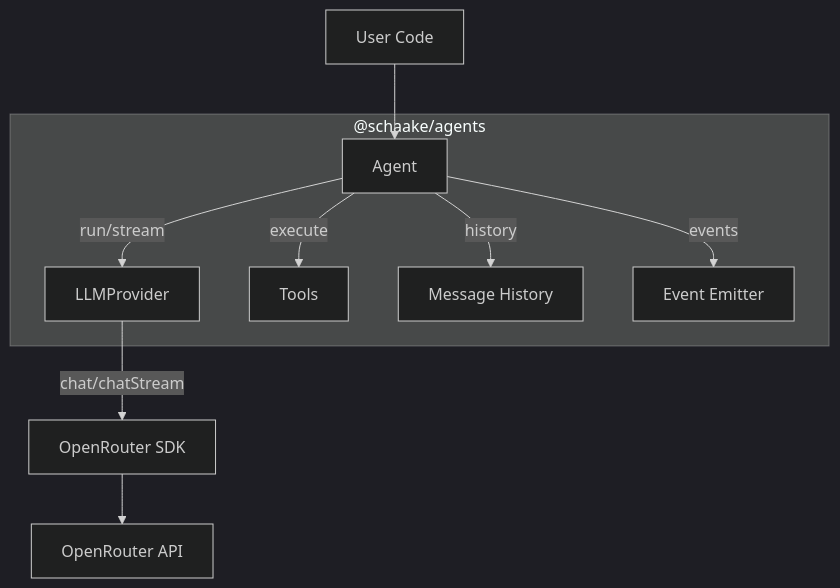
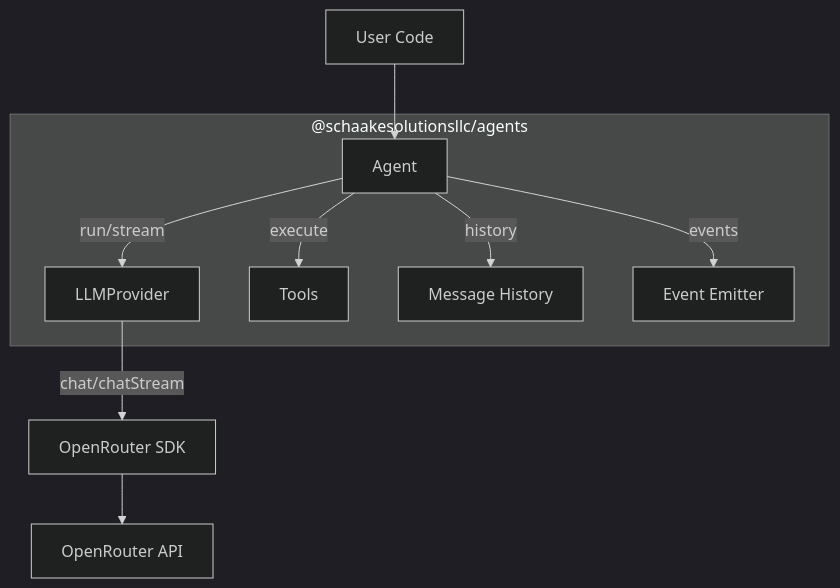
The second of 5 diagrams in specs/completed/agents-codebase-improvements/design.md (schaakesolutionsllc/agents), drawn with Mermaid (dark theme) before and after one commit. The commit also changed other lines of this file and 17 other files, not shown here.

First line of the commit message:
docs: update package references to @schaakesolutionsllc/agents

````diff
--- a/specs/completed/agents-codebase-improvements/design.md
+++ b/specs/completed/agents-codebase-improvements/design.md
@@ -41,18 +41,18 @@
 ```mermaid
 graph TB
     U[User Code] --> A[Agent]
     A --> |run/stream| P[LLMProvider]
     A --> |execute| T[Tools]
     P --> |chat/chatStream| OR[OpenRouter SDK]
     OR --> API[OpenRouter API]
     A --> |history| H[Message History]
     A --> |events| E[Event Emitter]
 
-    subgraph "@schaake/agents"
+    subgraph "@schaakesolutionsllc/agents"
         A
         P
         T
         H
         E
     end
 ```
````
